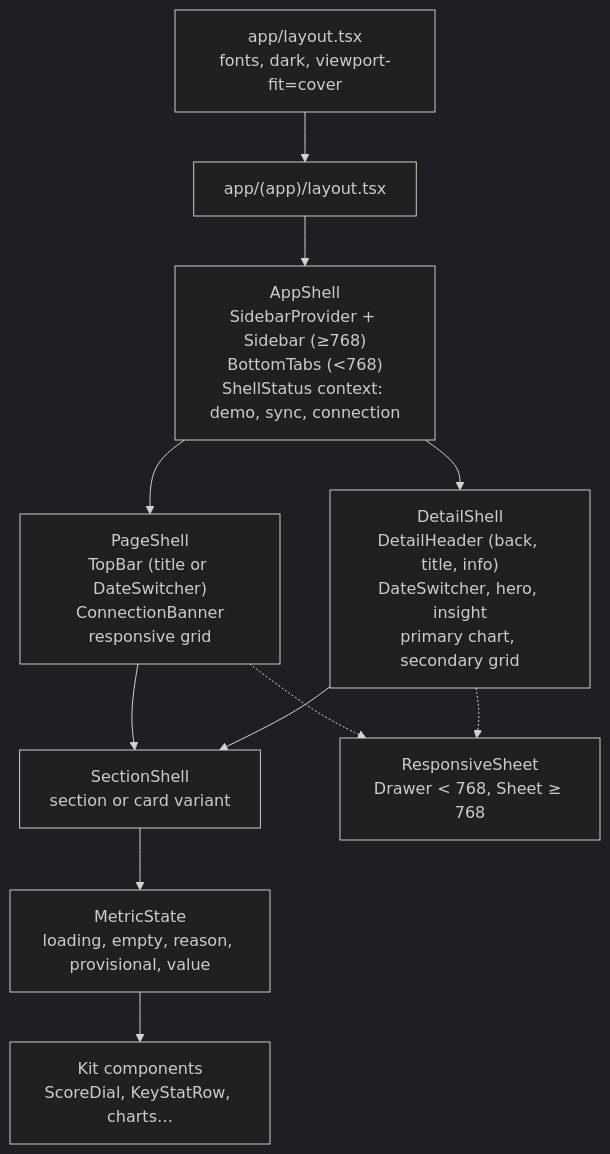
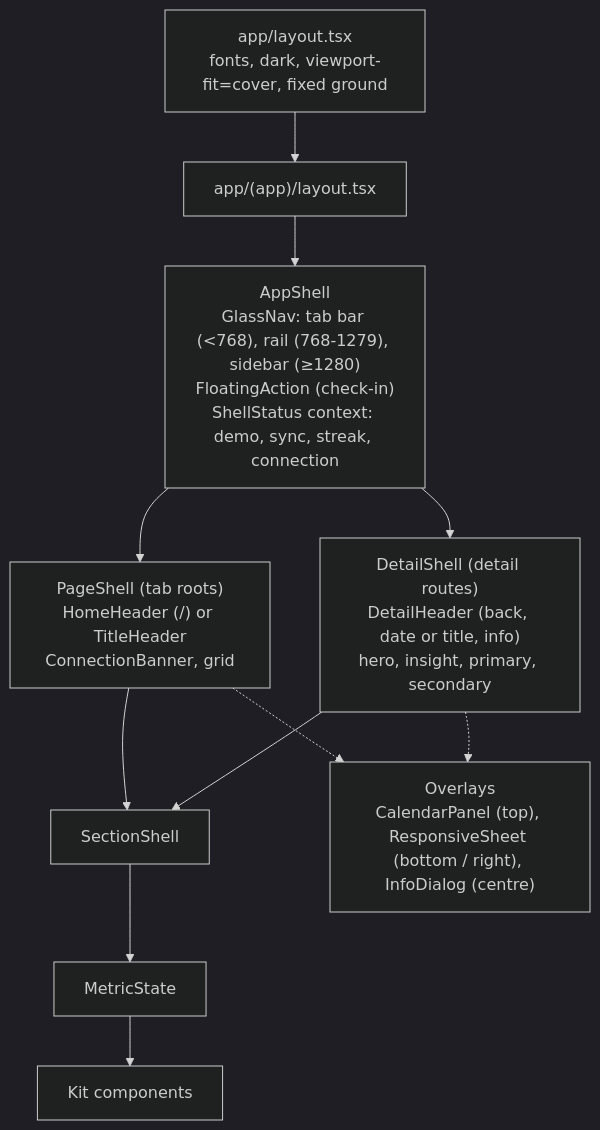
The first of 2 diagrams in docs/design/spec.md (adityaongit/pulse), drawn with Mermaid (dark theme) before and after one commit. The commit also changed other lines of this file, not shown here.

First line of the commit message:
docs(design): spec v2 for WHOOP's latest glass UI with 2025-26 references

````diff
--- a/docs/design/spec.md
+++ b/docs/design/spec.md
@@ -309,13 +432,13 @@
 ```mermaid
 flowchart TB
-  RL["app/layout.tsx<br/>fonts, dark, viewport-fit=cover"] --> AL["app/(app)/layout.tsx"]
-  AL --> AS["AppShell<br/>SidebarProvider + Sidebar (≥768)<br/>BottomTabs (<768)<br/>ShellStatus context: demo, sync, connection"]
-  AS --> PS["PageShell<br/>TopBar (title or DateSwitcher)<br/>ConnectionBanner<br/>responsive grid"]
-  AS --> DS["DetailShell<br/>DetailHeader (back, title, info)<br/>DateSwitcher, hero, insight<br/>primary chart, secondary grid"]
-  PS --> SS["SectionShell<br/>section or card variant"]
+  RL["app/layout.tsx<br/>fonts, dark, viewport-fit=cover, fixed ground"] --> AL["app/(app)/layout.tsx"]
+  AL --> AS["AppShell<br/>GlassNav: tab bar (<768), rail (768-1279), sidebar (≥1280)<br/>FloatingAction (check-in)<br/>ShellStatus context: demo, sync, streak, connection"]
+  AS --> PS["PageShell (tab roots)<br/>HomeHeader (/) or TitleHeader<br/>ConnectionBanner, grid"]
+  AS --> DS["DetailShell (detail routes)<br/>DetailHeader (back, date or title, info)<br/>hero, insight, primary, secondary"]
+  PS --> SS["SectionShell"]
   DS --> SS
-  SS --> MS["MetricState<br/>loading, empty, reason, provisional, value"]
-  MS --> K["Kit components<br/>ScoreDial, KeyStatRow, charts…"]
-  PS -.-> RS["ResponsiveSheet<br/>Drawer < 768, Sheet ≥ 768"]
-  DS -.-> RS
+  SS --> MS["MetricState"]
+  MS --> K["Kit components"]
+  PS -.-> OV["Overlays<br/>CalendarPanel (top), ResponsiveSheet (bottom / right), InfoDialog (centre)"]
+  DS -.-> OV
 ```
````
